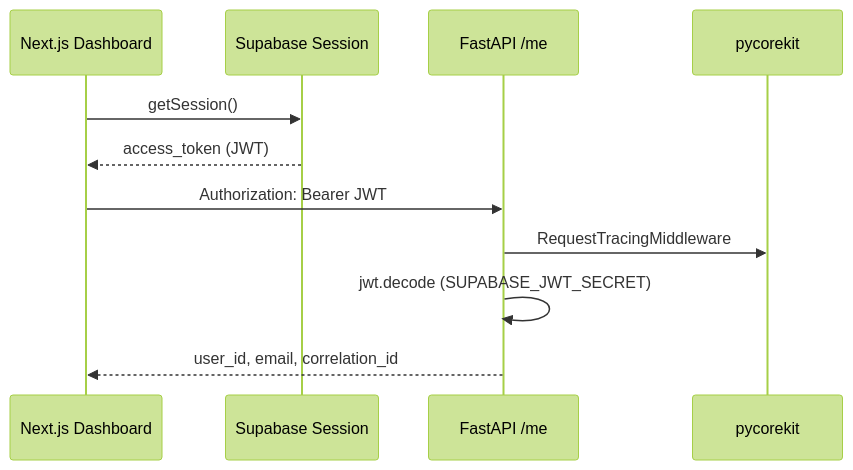
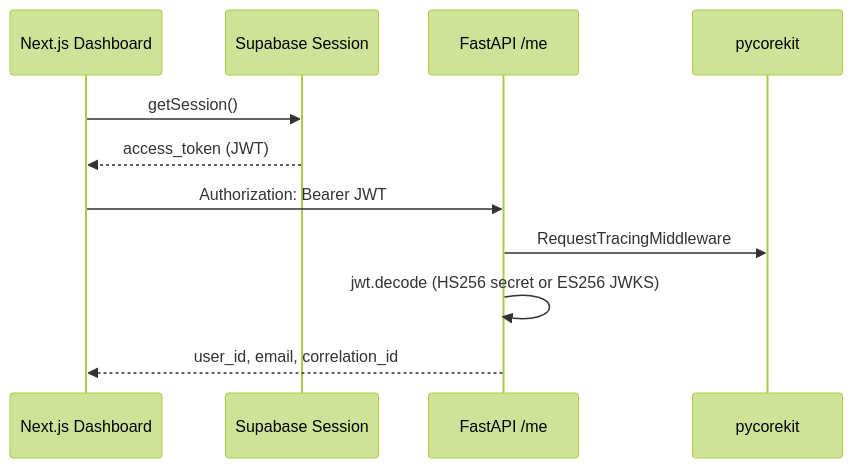
The diagram in insight-lab/docs/IMPLEMENTATION.md (ankit-devwork/the-learning-curve-labs), drawn with Mermaid (forest theme) before and after one commit. The commit also changed other lines of this file and 2 other files, not shown here.

First line of the commit message:
fix(auth): support Supabase ES256 JWKS token verification

````diff
--- a/insight-lab/docs/IMPLEMENTATION.md
+++ b/insight-lab/docs/IMPLEMENTATION.md
@@ -45,14 +45,14 @@
 ```mermaid
 sequenceDiagram
   participant Dashboard as Next.js Dashboard
   participant Supabase as Supabase Session
   participant API as FastAPI /me
   participant PyCore as pycorekit
 
   Dashboard->>Supabase: getSession()
   Supabase-->>Dashboard: access_token (JWT)
   Dashboard->>API: Authorization: Bearer JWT
   API->>PyCore: RequestTracingMiddleware
-  API->>API: jwt.decode (SUPABASE_JWT_SECRET)
+  API->>API: jwt.decode (HS256 secret or ES256 JWKS)
   API-->>Dashboard: user_id, email, correlation_id
 ```
````
